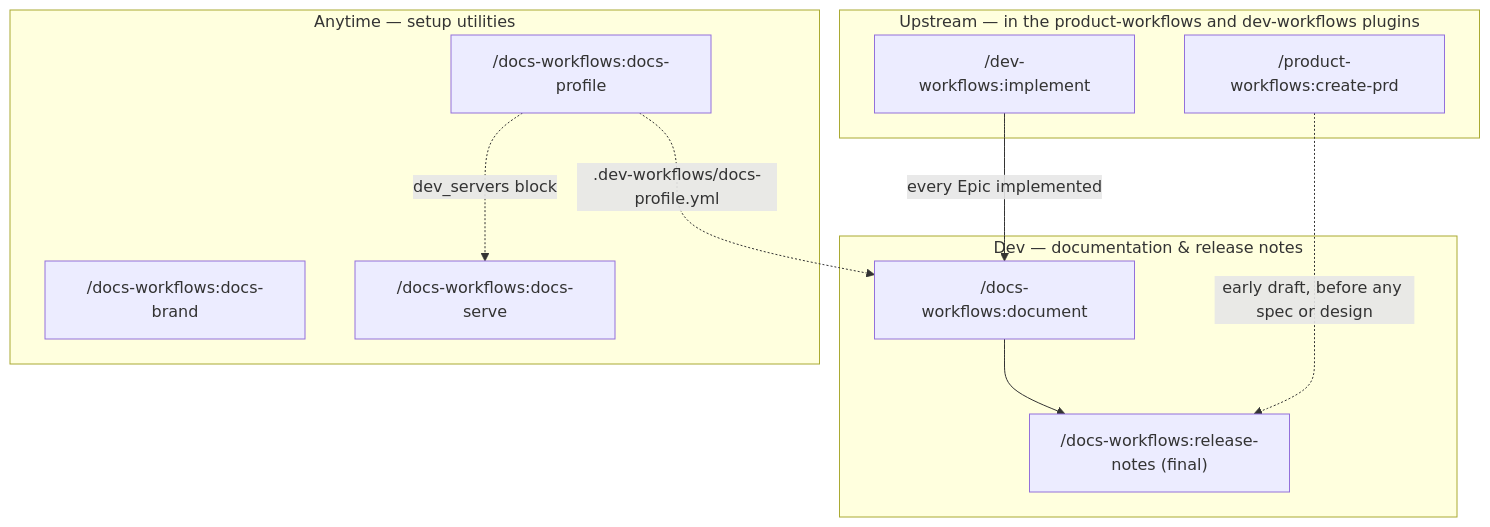
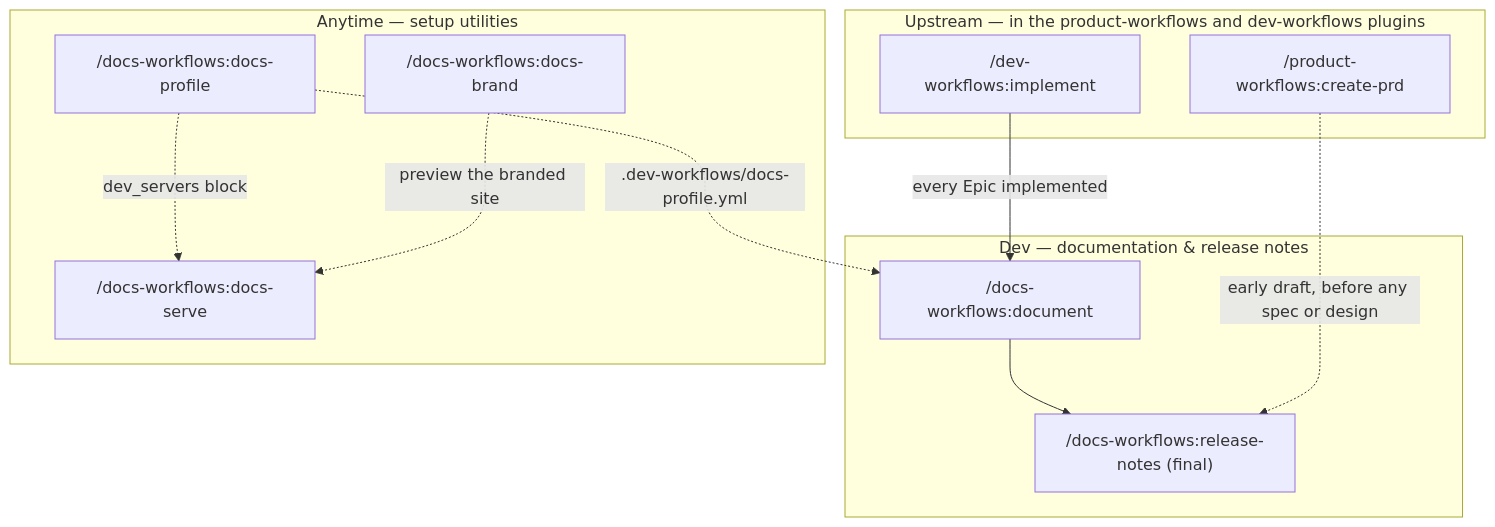
Before and after one commit to ihudak/ihudak-claude-plugins: the diagram in plugins/docs-workflows/docs/workflow.md, drawn with Mermaid. The commit also changed 5 other files, not shown here.

````diff
--- a/plugins/docs-workflows/docs/workflow.md
+++ b/plugins/docs-workflows/docs/workflow.md
@@ -5,22 +5,23 @@
 ```mermaid
 flowchart TD
     subgraph UP["Upstream — in the product-workflows and dev-workflows plugins"]
         implement["/dev-workflows:implement"]
         createprd["/product-workflows:create-prd"]
     end
     subgraph DOCS["Dev — documentation & release notes"]
         document["/docs-workflows:document"]
         rndev["/docs-workflows:release-notes (final)"]
         document --> rndev
     end
     subgraph SETUP["Anytime — setup utilities"]
         profile["/docs-workflows:docs-profile"]
         brand["/docs-workflows:docs-brand"]
         docsserve["/docs-workflows:docs-serve"]
     end
 
     implement -->|every Epic implemented| document
     createprd -.->|early draft, before any spec or design| rndev
     profile -.->|.dev-workflows/docs-profile.yml| document
     profile -.->|dev_servers block| docsserve
+    brand -.->|preview the branded site| docsserve
 ```
````
